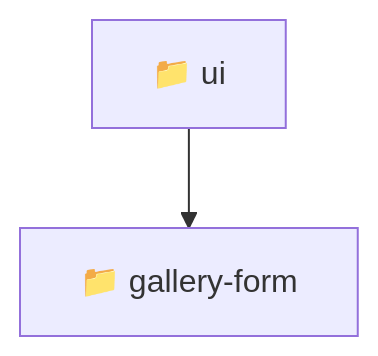
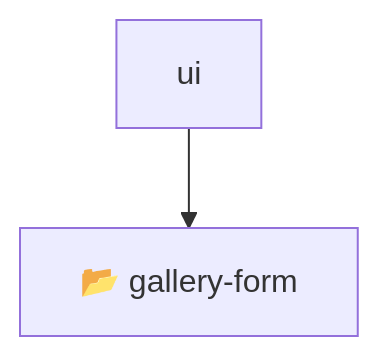
Before and after one commit to beginwebdev2002/fullstack-mavluda: the diagram in frontend/src/pages/gallery/ui/README.md, drawn with Mermaid. The commit also changed other lines of this file and 155 other files, not shown here.

````diff
--- a/frontend/src/pages/gallery/ui/README.md
+++ b/frontend/src/pages/gallery/ui/README.md
@@ -10,5 +14,5 @@
 ```mermaid
 graph TD
-  Root["📁 ui"]
-  Root --> galleryform["📁 gallery-form"]
+    Root[ui]
+    Root --> F0[📂 gallery-form]
 ```
````
